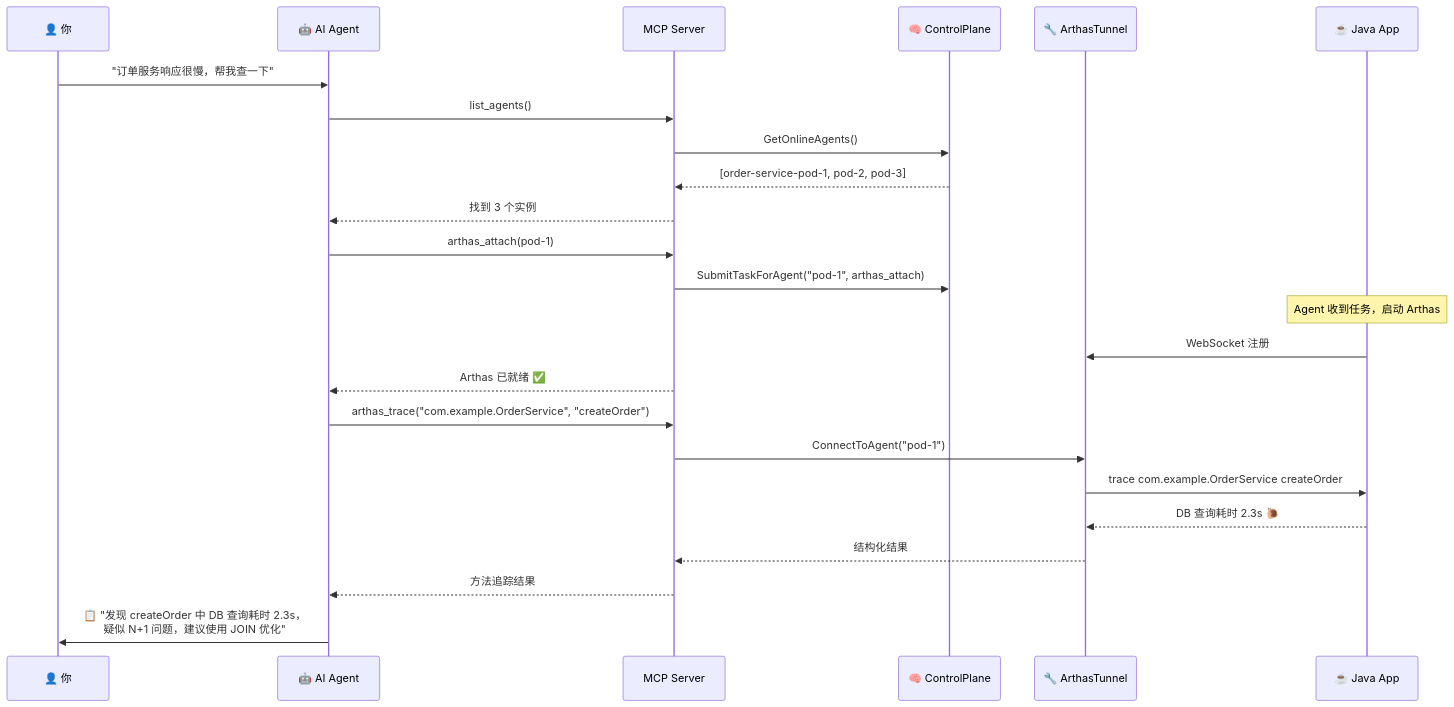
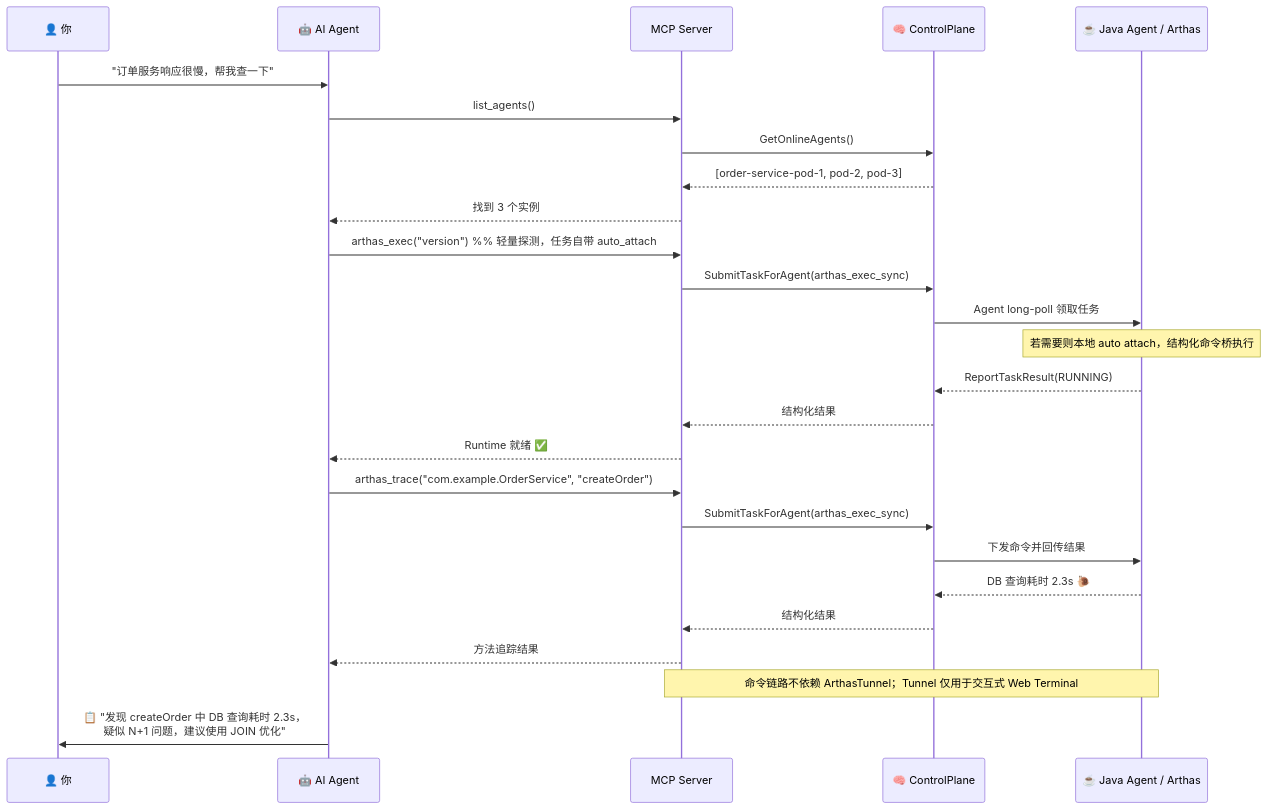
The fifth of 11 diagrams in README.md (junjiewwang/custom-opentelemetry-collector), drawn with Mermaid before and after one commit. The commit also changed other lines of this file and 29 other files, not shown here.

Commit message:
feat(controlplane): idle Arthas reclaim and MCP tunnel status semantics

````diff
--- a/README.md
+++ b/README.md
@@ -347,31 +347,34 @@
 ```mermaid
 sequenceDiagram
     participant You as 👤 你
     participant AI as 🤖 AI Agent
     participant MCP as MCP Server
     participant CP as 🧠 ControlPlane
-    participant Tunnel as 🔧 ArthasTunnel
-    participant JVM as ☕ Java App
+    participant JVM as ☕ Java Agent / Arthas
 
     You->>AI: "订单服务响应很慢，帮我查一下"
 
     AI->>MCP: list_agents()
     MCP->>CP: GetOnlineAgents()
     CP-->>MCP: [order-service-pod-1, pod-2, pod-3]
     MCP-->>AI: 找到 3 个实例
 
-    AI->>MCP: arthas_attach(pod-1)
-    MCP->>CP: SubmitTaskForAgent("pod-1", arthas_attach)
-    Note over JVM: Agent 收到任务，启动 Arthas
-    JVM->>Tunnel: WebSocket 注册
-    MCP-->>AI: Arthas 已就绪 ✅
+    AI->>MCP: arthas_exec("version")  %% 轻量探测，任务自带 auto_attach
+    MCP->>CP: SubmitTaskForAgent(arthas_exec_sync)
+    CP->>JVM: Agent long-poll 领取任务
+    Note over JVM: 若需要则本地 auto attach，结构化命令桥执行
+    JVM-->>CP: ReportTaskResult(RUNNING)
+    CP-->>MCP: 结构化结果
+    MCP-->>AI: Runtime 就绪 ✅
 
     AI->>MCP: arthas_trace("com.example.OrderService", "createOrder")
-    MCP->>Tunnel: ConnectToAgent("pod-1")
-    Tunnel->>JVM: trace com.example.OrderService createOrder
-    JVM-->>Tunnel: DB 查询耗时 2.3s 🐌
-    Tunnel-->>MCP: 结构化结果
+    MCP->>CP: SubmitTaskForAgent(arthas_exec_sync)
+    CP->>JVM: 下发命令并回传结果
+    JVM-->>CP: DB 查询耗时 2.3s 🐌
+    CP-->>MCP: 结构化结果
     MCP-->>AI: 方法追踪结果
+
+    Note over MCP,JVM: 命令链路不依赖 ArthasTunnel；Tunnel 仅用于交互式 Web Terminal
 
     AI->>You: 📋 "发现 createOrder 中 DB 查询耗时 2.3s，<br/>疑似 N+1 问题，建议使用 JOIN 优化"
 ```
````
